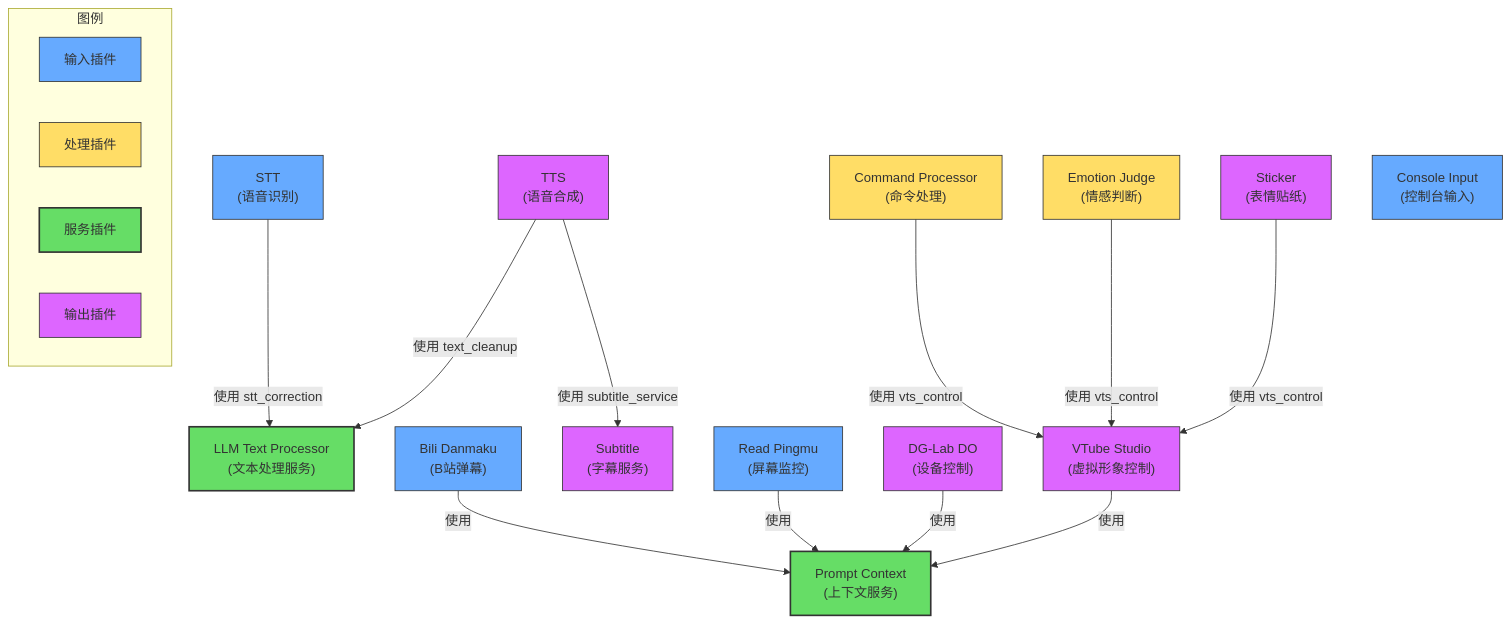
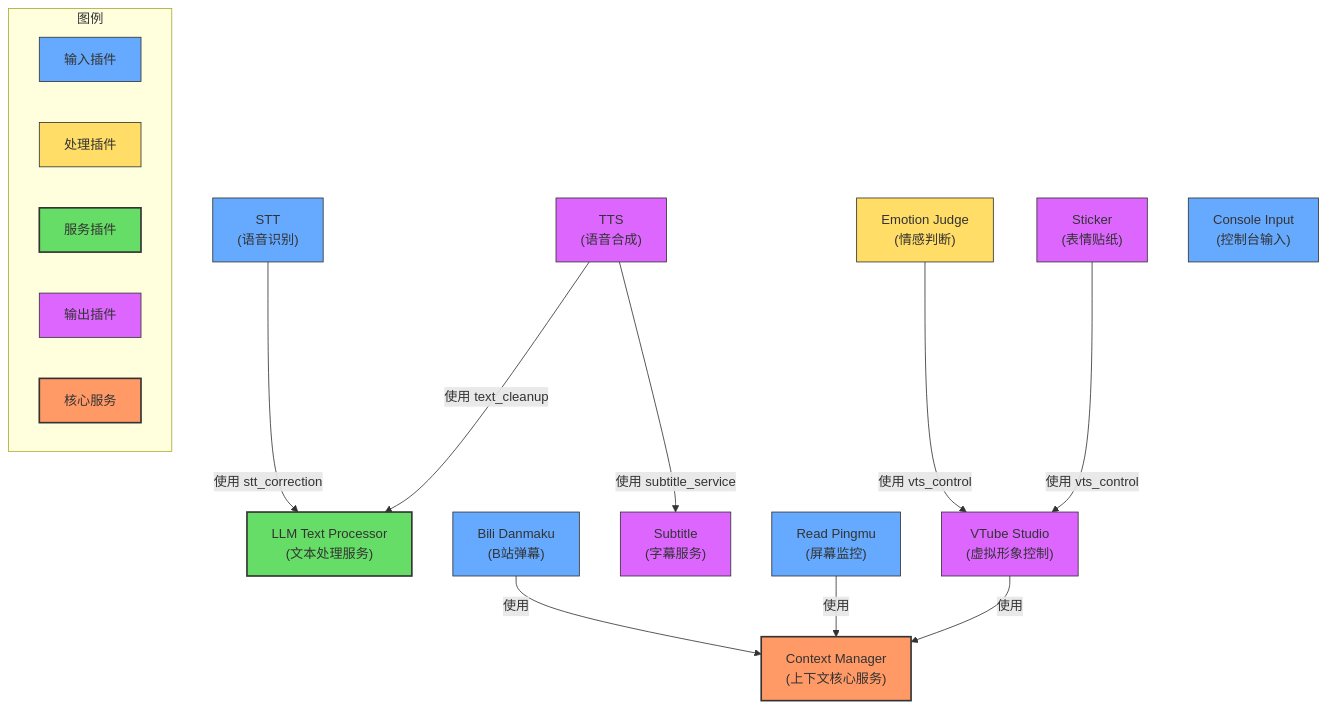
One commit to ChangingSelf/MaiBot-Vtuber changed the second of 2 diagrams in README.md. Above: the diagram before and after it, drawn with Mermaid. The commit also changed other lines of this file, not shown here.

````diff
--- a/README.md
+++ b/README.md
@@ -135,41 +147,41 @@
 ```mermaid
 flowchart TD
-    %% 服务插件 (中心)
-    PromptContext["Prompt Context<br>(上下文服务)"]:::service
+    %% 核心服务
+    ContextManager["Context Manager<br>(上下文核心服务)"]:::core_service
+    
+    %% 服务插件
     LLMTextProcessor["LLM Text Processor<br>(文本处理服务)"]:::service
-    
-    %% 提供服务的插件
     VTubeStudio["VTube Studio<br>(虚拟形象控制)"]:::output
     Subtitle["Subtitle<br>(字幕服务)"]:::output
     
     %% 服务依赖关系
-    BiliDanmaku["Bili Danmaku<br>(B站弹幕)"]:::input -->|使用| PromptContext
-    ReadPingmu["Read Pingmu<br>(屏幕监控)"]:::input -->|使用| PromptContext
-    DGLabDO["DG-Lab DO<br>(设备控制)"]:::output -->|使用| PromptContext
-    VTubeStudio -->|使用| PromptContext
+    BiliDanmaku["Bili Danmaku<br>(B站弹幕)"]:::input -->|使用| ContextManager
+    ReadPingmu["Read Pingmu<br>(屏幕监控)"]:::input -->|使用| ContextManager
+    VTubeStudio -->|使用| ContextManager
     
     STT["STT<br>(语音识别)"]:::input -->|使用 stt_correction| LLMTextProcessor
     TTS["TTS<br>(语音合成)"]:::output -->|使用 text_cleanup| LLMTextProcessor
     TTS -->|使用 subtitle_service| Subtitle
     
-    CommandProcessor["Command Processor<br>(命令处理)"]:::process -->|使用 vts_control| VTubeStudio
     EmotionJudge["Emotion Judge<br>(情感判断)"]:::process -->|使用 vts_control| VTubeStudio
     Sticker["Sticker<br>(表情贴纸)"]:::output -->|使用 vts_control| VTubeStudio
     
     %% 没有依赖其他服务的独立插件
     ConsoleInput["Console Input<br>(控制台输入)"]:::input
     
     %% 样式定义
+    classDef core_service fill:#f96,stroke:#333,stroke-width:2px
     classDef input fill:#6af,stroke:#333,stroke-width:1px
     classDef process fill:#fd6,stroke:#333,stroke-width:1px
     classDef service fill:#6d6,stroke:#333,stroke-width:2px
     classDef output fill:#d6f,stroke:#333,stroke-width:1px
     
     %% 图例
     subgraph 图例
         InputEx["输入插件"]:::input
         ProcessEx["处理插件"]:::process
         ServiceEx["服务插件"]:::service
         OutputEx["输出插件"]:::output
+        CoreSrvEx["核心服务"]:::core_service
     end
 ```
````
